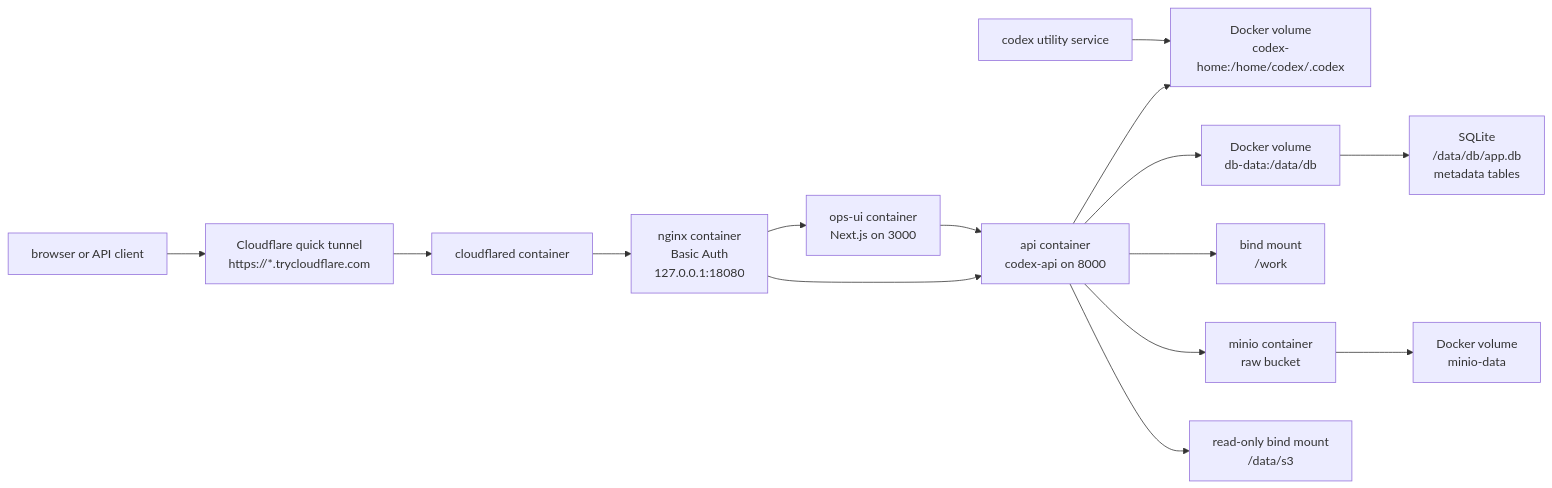
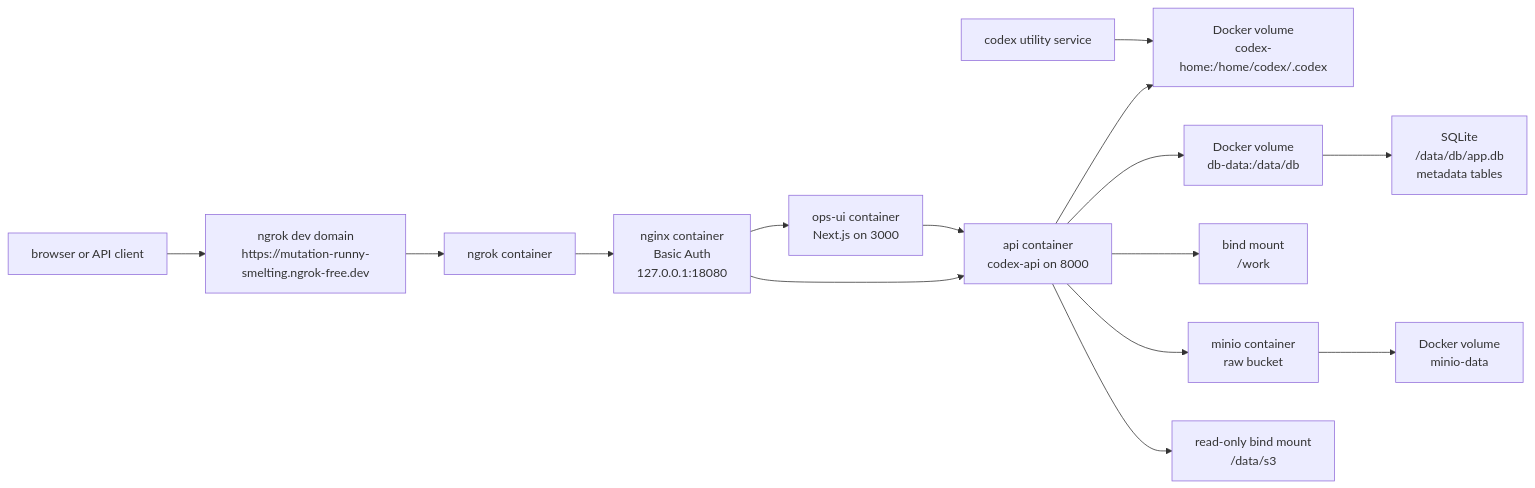
Before and after one commit to Mabaragi/codex-youtube-pipeline: the fourth of 5 diagrams in docs/CICD.md, drawn with Mermaid. The commit also changed other lines of this file and 7 other files, not shown here.

Commit message:
Use ngrok for home tunnel

````diff
--- a/docs/CICD.md
+++ b/docs/CICD.md
@@ -141,18 +135,18 @@
 ```mermaid
 flowchart LR
-    Client["browser or API client"] --> Tunnel["Cloudflare quick tunnel<br/>https://*.trycloudflare.com"]
-    Tunnel --> Cloudflared["cloudflared container"]
-    Cloudflared --> Nginx["nginx container<br/>Basic Auth<br/>127.0.0.1:18080"]
+    Client["browser or API client"] --> Tunnel["ngrok dev domain<br/>https://mutation-runny-smelting.ngrok-free.dev"]
+    Tunnel --> Ngrok["ngrok container"]
+    Ngrok --> Nginx["nginx container<br/>Basic Auth<br/>127.0.0.1:18080"]
     Nginx --> API["api container<br/>codex-api on 8000"]
     Nginx --> OpsUI["ops-ui container<br/>Next.js on 3000"]
     OpsUI --> API
 
     API --> CodexVolume["Docker volume<br/>codex-home:/home/codex/.codex"]
     CodexTool["codex utility service"] --> CodexVolume
     API --> DbVolume["Docker volume<br/>db-data:/data/db"]
     DbVolume --> SQLite["SQLite<br/>/data/db/app.db<br/>metadata tables"]
     API --> WorkBind["bind mount<br/>/work"]
     API --> MinIO["minio container<br/>raw bucket"]
     MinIO --> MinioVolume["Docker volume<br/>minio-data"]
     API --> S3Bind["read-only bind mount<br/>/data/s3"]
 ```
````
